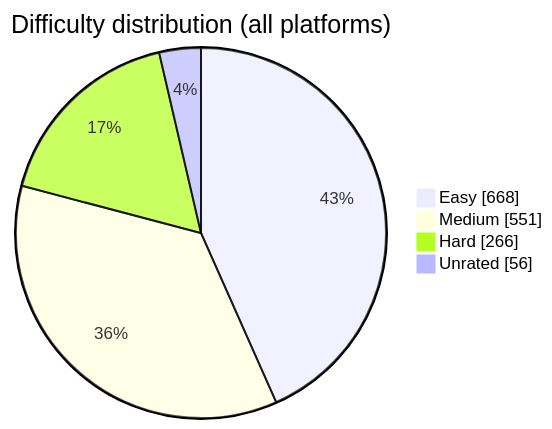
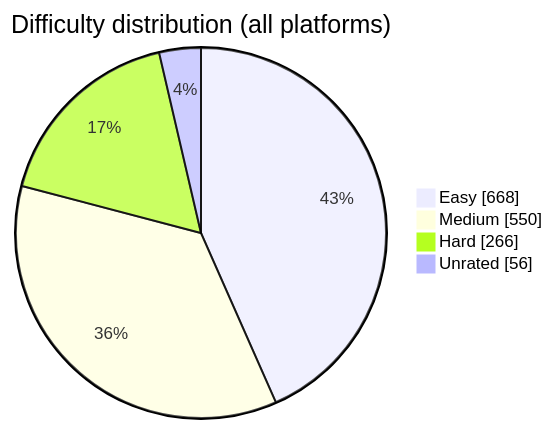
Before and after one commit to BuildbyArindam/Daily-Coding-Log: the diagram in README.md, drawn with Mermaid. The commit also changed other lines of this file, not shown here.

````diff
--- a/README.md
+++ b/README.md
@@ -93,7 +93,7 @@
 ```mermaid
 pie showData title Difficulty distribution (all platforms)
     "Easy" : 668
-    "Medium" : 551
+    "Medium" : 550
     "Hard" : 266
     "Unrated" : 56
 ```
````
